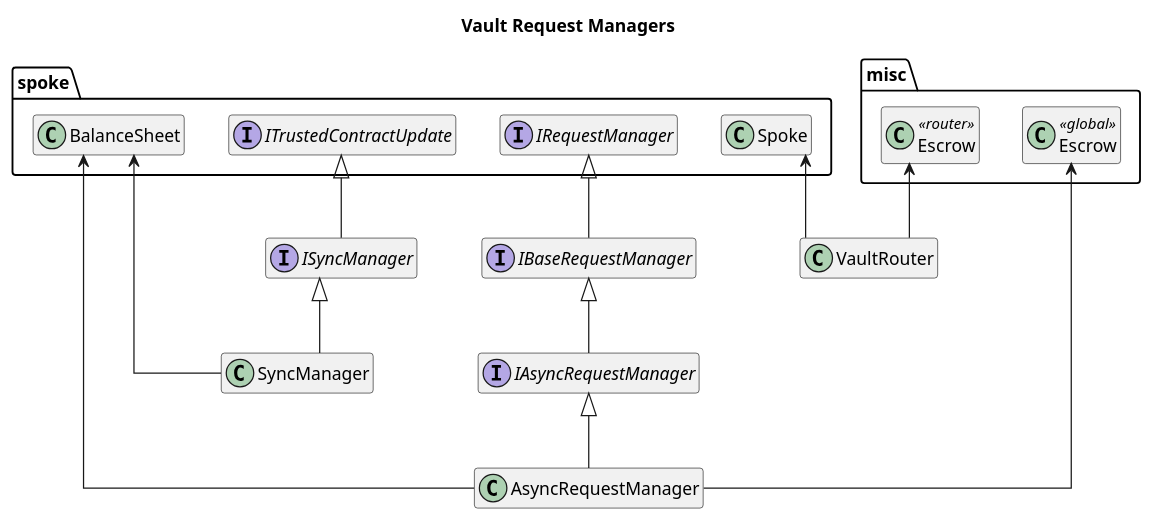
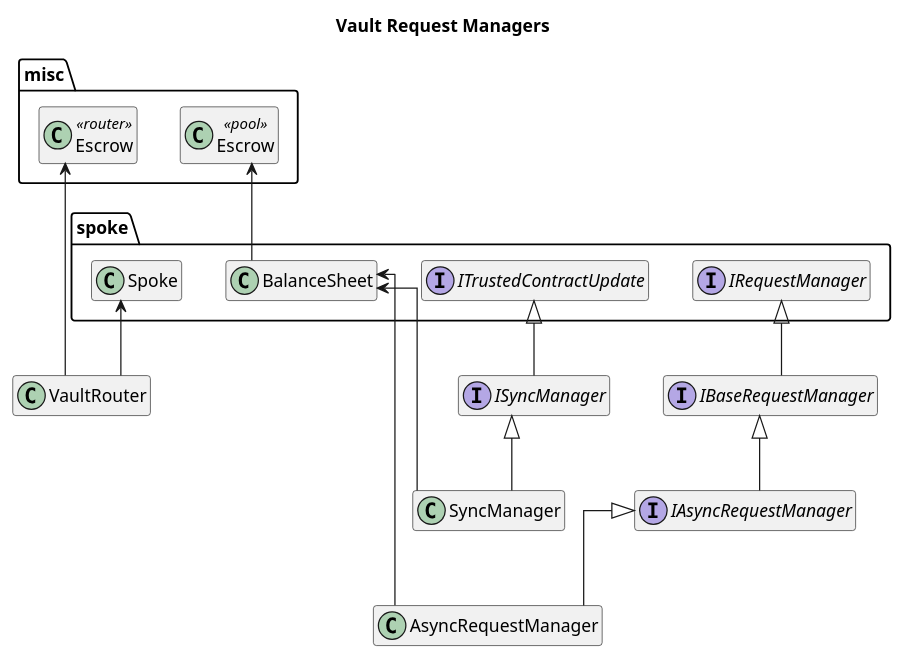
One commit to centrifuge/protocol changed the diagram in docs/architecture/vaults/request-managers.puml. Above: the diagram before and after it, drawn with PlantUML. The commit also changed 17 other files, not shown here.

```diff
--- a/docs/architecture/vaults/request-managers.puml
+++ b/docs/architecture/vaults/request-managers.puml
@@ -1,39 +1,38 @@
 @startuml request-managers
 title Vault Request Managers
 hide empty members
 
 skinparam linetype ortho
 
 package misc {
-    class "Escrow" as GlobalEscrow<<global>>
+    class "Escrow" as PoolEscrow<<pool>>
     class "Escrow" as RouterEscrow<<router>>
 }
 
 package spoke {
     class Spoke
     class BalanceSheet
+    interface IRequestManager
     interface ITrustedContractUpdate
-    interface IRequestManager
 }
 
 interface IBaseRequestManager
-
 interface IAsyncRequestManager
 interface ISyncManager
 
 IBaseRequestManager -up-|> IRequestManager
 
 IAsyncRequestManager -up-|> IBaseRequestManager
 ISyncManager -up-|> ITrustedContractUpdate
 
-AsyncRequestManager -up--> GlobalEscrow
-AsyncRequestManager -up--> BalanceSheet
+AsyncRequestManager -up-> BalanceSheet
 AsyncRequestManager -up-|> IAsyncRequestManager
+BalanceSheet -up-> PoolEscrow
 
 SyncManager -up-|> ISyncManager
 SyncManager -up--> BalanceSheet
 
 VaultRouter -up-> RouterEscrow
 VaultRouter -up-> Spoke
 
 @enduml
```
